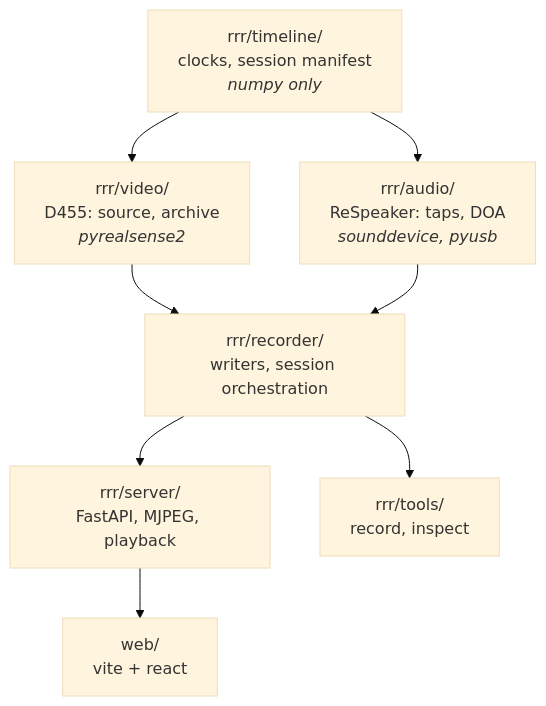
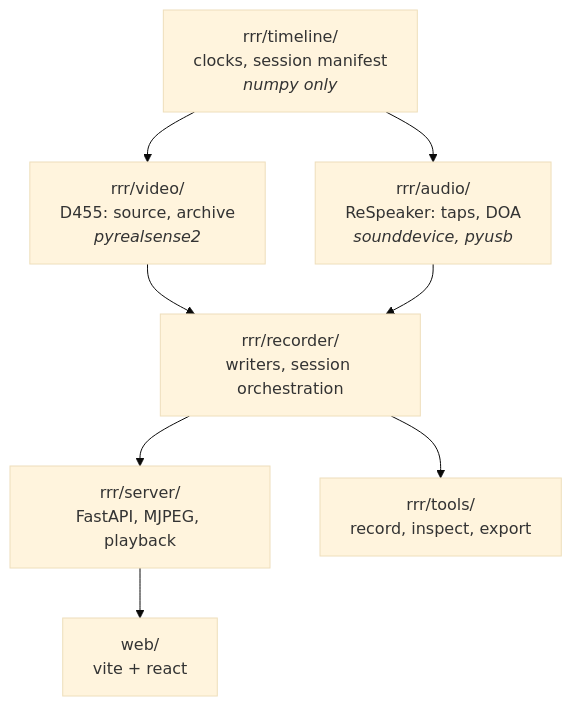
One commit to tkanek0/rererecorder changed the first of 2 diagrams in docs/design.md. Above: the diagram before and after it, drawn with Mermaid (base theme). The commit also changed other lines of this file and 6 other files, not shown here.

````diff
--- a/docs/design.md
+++ b/docs/design.md
@@ -30,17 +30,17 @@
 ```mermaid
 flowchart TD
     T["rrr/timeline/<br/>clocks, session manifest<br/><i>numpy only</i>"]
     V["rrr/video/<br/>D455: source, archive<br/><i>pyrealsense2</i>"]
     A["rrr/audio/<br/>ReSpeaker: taps, DOA<br/><i>sounddevice, pyusb</i>"]
     R["rrr/recorder/<br/>writers, session orchestration"]
     S["rrr/server/<br/>FastAPI, MJPEG, playback"]
-    C["rrr/tools/<br/>record, inspect"]
+    C["rrr/tools/<br/>record, inspect, export"]
     W["web/<br/>vite + react"]
     T --> V
     T --> A
     V --> R
     A --> R
     R --> S
     R --> C
     S --> W
 ```
````
